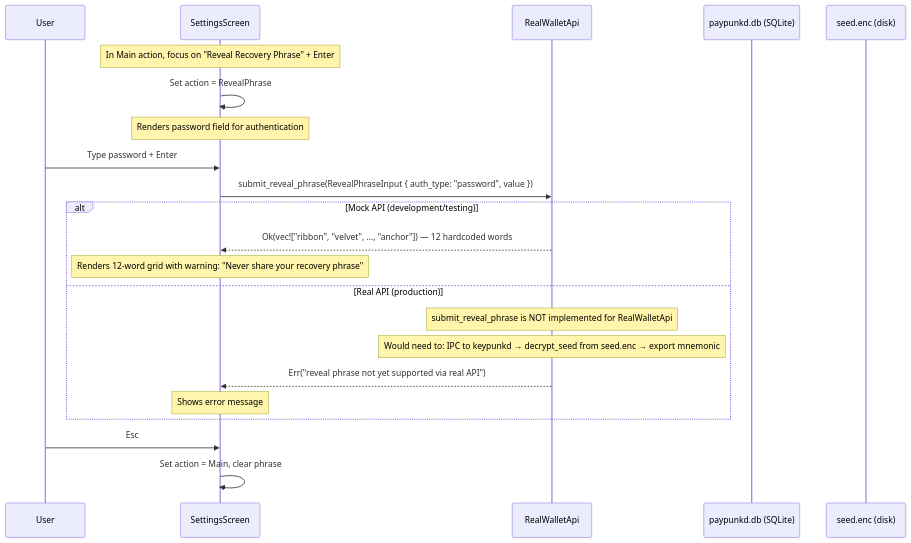
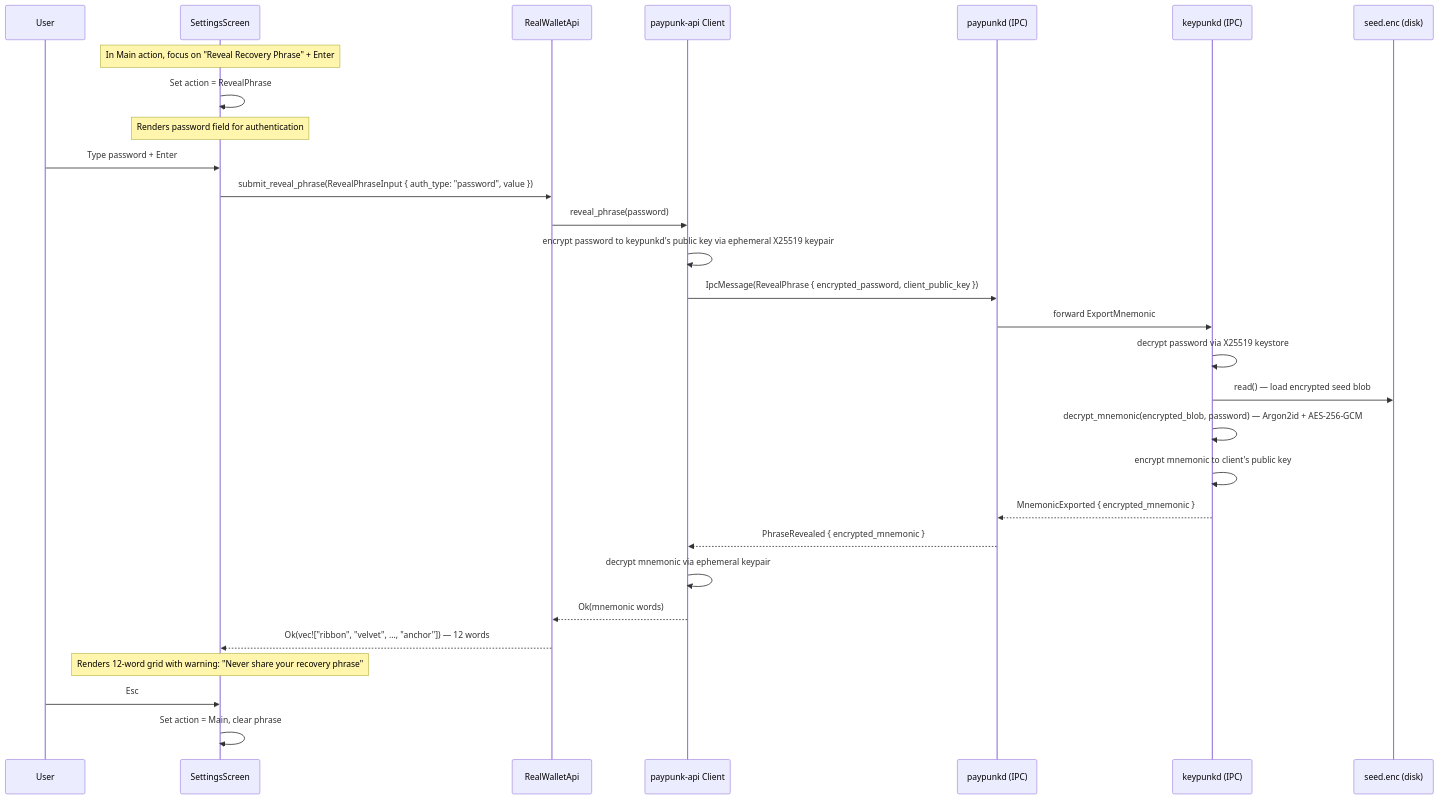
One commit to blockhackersio/paypunk changed the second of 2 diagrams in tui/docs/usecases/08-settings.md. Above: the diagram before and after it, drawn with Mermaid. The commit also changed other lines of this file and 8 other files, not shown here.

````diff
--- a/tui/docs/usecases/08-settings.md
+++ b/tui/docs/usecases/08-settings.md
@@ -43,30 +50,36 @@
 ```mermaid
 sequenceDiagram
     participant U as User
     participant TUI as SettingsScreen
     participant API as RealWalletApi
-    participant SQLite as paypunkd.db (SQLite)
+    participant Client as paypunk-api Client
+    participant paypunkd as paypunkd (IPC)
+    participant keypunkd as keypunkd (IPC)
     participant SeedFile as seed.enc (disk)
 
     Note over TUI: In Main action, focus on "Reveal Recovery Phrase" + Enter
     TUI->>TUI: Set action = RevealPhrase
 
     Note over TUI: Renders password field for authentication
 
     U->>TUI: Type password + Enter
 
     TUI->>API: submit_reveal_phrase(RevealPhraseInput { auth_type: "password", value })
-
-    alt Mock API (development/testing)
-        API-->>TUI: Ok(vec!["ribbon", "velvet", ..., "anchor"])  — 12 hardcoded words
-        Note over TUI: Renders 12-word grid with warning: "Never share your recovery phrase"
-    else Real API (production)
-        Note over API: submit_reveal_phrase is NOT implemented for RealWalletApi
-        Note over API: Would need to: IPC to keypunkd → decrypt_seed from seed.enc → export mnemonic
-        API-->>TUI: Err("reveal phrase not yet supported via real API")
-        Note over TUI: Shows error message
-    end
+    API->>Client: reveal_phrase(password)
+    Client->>Client: encrypt password to keypunkd's public key via ephemeral X25519 keypair
+    Client->>paypunkd: IpcMessage(RevealPhrase { encrypted_password, client_public_key })
+    paypunkd->>keypunkd: forward ExportMnemonic
+    keypunkd->>keypunkd: decrypt password via X25519 keystore
+    keypunkd->>SeedFile: read() — load encrypted seed blob
+    keypunkd->>keypunkd: decrypt_mnemonic(encrypted_blob, password) — Argon2id + AES-256-GCM
+    keypunkd->>keypunkd: encrypt mnemonic to client's public key
+    keypunkd-->>paypunkd: MnemonicExported { encrypted_mnemonic }
+    paypunkd-->>Client: PhraseRevealed { encrypted_mnemonic }
+    Client->>Client: decrypt mnemonic via ephemeral keypair
+    Client-->>API: Ok(mnemonic words)
+    API-->>TUI: Ok(vec!["ribbon", "velvet", ..., "anchor"]) — 12 words
+    Note over TUI: Renders 12-word grid with warning: "Never share your recovery phrase"
 
     U->>TUI: Esc
     TUI->>TUI: Set action = Main, clear phrase
 ```
````
